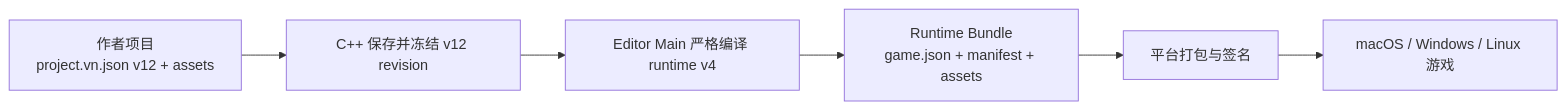
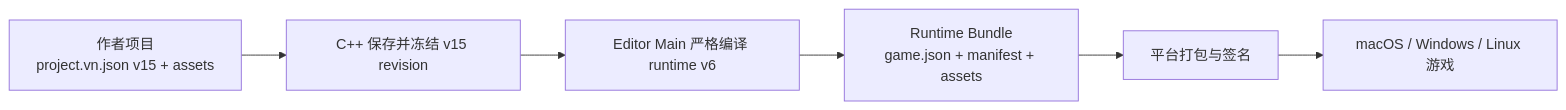
The first of 3 diagrams in docs/game-export-player.md (DarkboyRyan/Scratch-Novel-Engine), drawn with Mermaid before and after one commit. The commit also changed other lines of this file and 88 other files, not shown here.

````diff
--- a/docs/game-export-player.md
+++ b/docs/game-export-player.md
@@ -138,11 +142,11 @@
 ```mermaid
 flowchart LR
-  AUTHOR["作者项目<br/>project.vn.json v12 + assets"]
-  SAVE["C++ 保存并冻结 v12 revision"]
-  COMPILE["Editor Main 严格编译 runtime v4"]
+  AUTHOR["作者项目<br/>project.vn.json v15 + assets"]
+  SAVE["C++ 保存并冻结 v15 revision"]
+  COMPILE["Editor Main 严格编译 runtime v6"]
   BUNDLE["Runtime Bundle<br/>game.json + manifest + assets"]
   PACKAGE["平台打包与签名"]
   APP["macOS / Windows / Linux 游戏"]
 
   AUTHOR --> SAVE --> COMPILE --> BUNDLE --> PACKAGE --> APP
 ```
````
